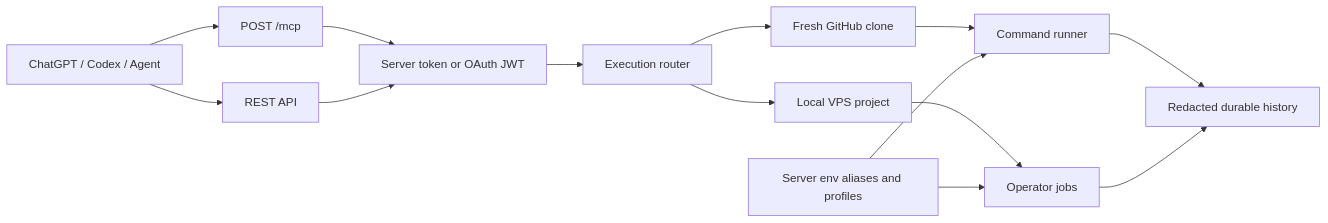
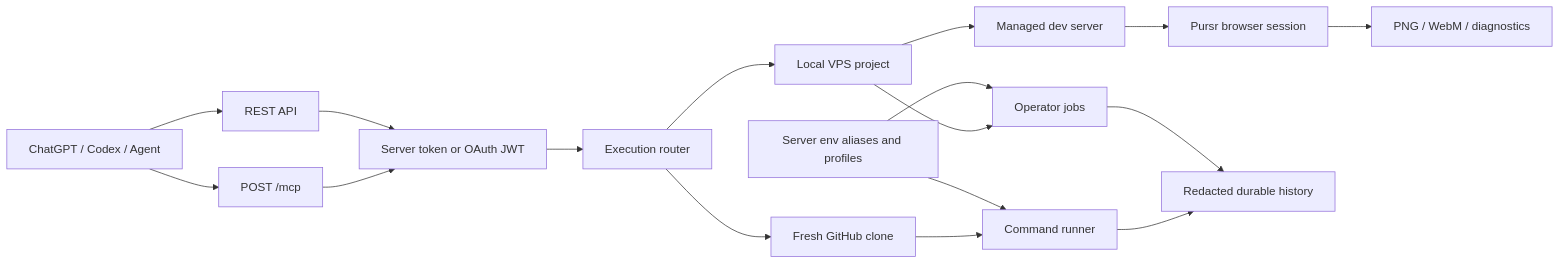
Before and after one commit to 0xheycat/Purr-Verify-MCP: the diagram in README.md, drawn with Mermaid. The commit also changed other lines of this file and 14 other files, not shown here.

First line of the commit message:
feat: integrate Pursr browser work sessions (#43)

````diff
--- a/README.md
+++ b/README.md
@@ -46,16 +48,19 @@
 ```mermaid
 flowchart LR
   Agent[ChatGPT / Codex / Agent] --> MCP[POST /mcp]
   Agent --> REST[REST API]
   MCP --> Auth[Server token or OAuth JWT]
   REST --> Auth
   Auth --> Router[Execution router]
   Router --> Clone[Fresh GitHub clone]
   Router --> Local[Local VPS project]
   Clone --> Runner[Command runner]
   Local --> Operator[Operator jobs]
+  Local --> Work[Managed dev server]
+  Work --> Pursr[Pursr browser session]
+  Pursr --> Artifacts[PNG / WebM / diagnostics]
   Runner --> History[Redacted durable history]
   Operator --> History
   Profiles[Server env aliases and profiles] --> Runner
   Profiles --> Operator
 ```
````
